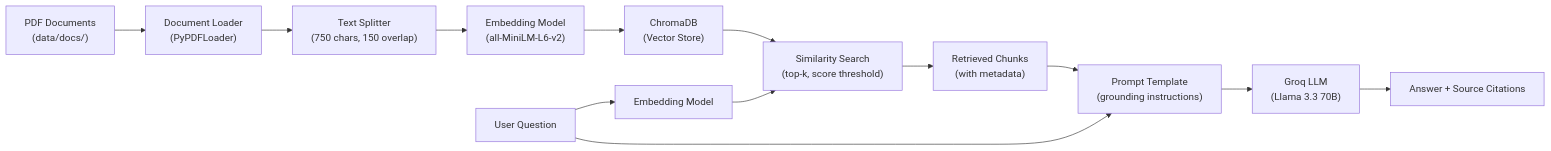
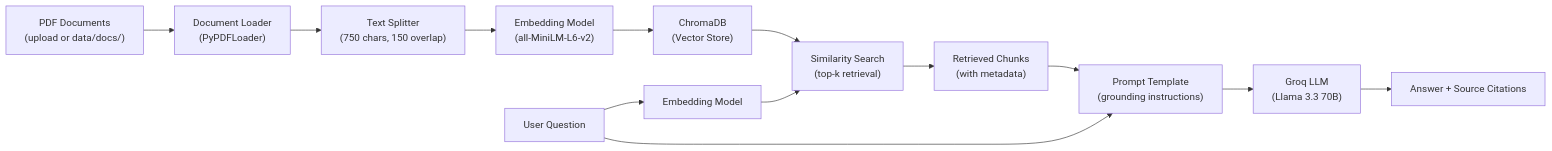
Before and after one commit to dunjeonmaster07/ai-knowledge-assistant: the diagram in README.md, drawn with Mermaid. The commit also changed other lines of this file, not shown here.

````diff
--- a/README.md
+++ b/README.md
@@ -9,17 +9,17 @@
 ```mermaid
 graph LR
-    A["PDF Documents<br/>(data/docs/)"] --> B["Document Loader<br/>(PyPDFLoader)"]
+    A["PDF Documents<br/>(upload or data/docs/)"] --> B["Document Loader<br/>(PyPDFLoader)"]
     B --> C["Text Splitter<br/>(750 chars, 150 overlap)"]
     C --> D["Embedding Model<br/>(all-MiniLM-L6-v2)"]
     D --> E["ChromaDB<br/>(Vector Store)"]
 
     F["User Question"] --> G["Embedding Model"]
-    G --> H["Similarity Search<br/>(top-k, score threshold)"]
+    G --> H["Similarity Search<br/>(top-k retrieval)"]
     E --> H
     H --> I["Retrieved Chunks<br/>(with metadata)"]
 
     I --> J["Prompt Template<br/>(grounding instructions)"]
     F --> J
     J --> K["Groq LLM<br/>(Llama 3.3 70B)"]
     K --> L["Answer + Source Citations"]
 ```
````
